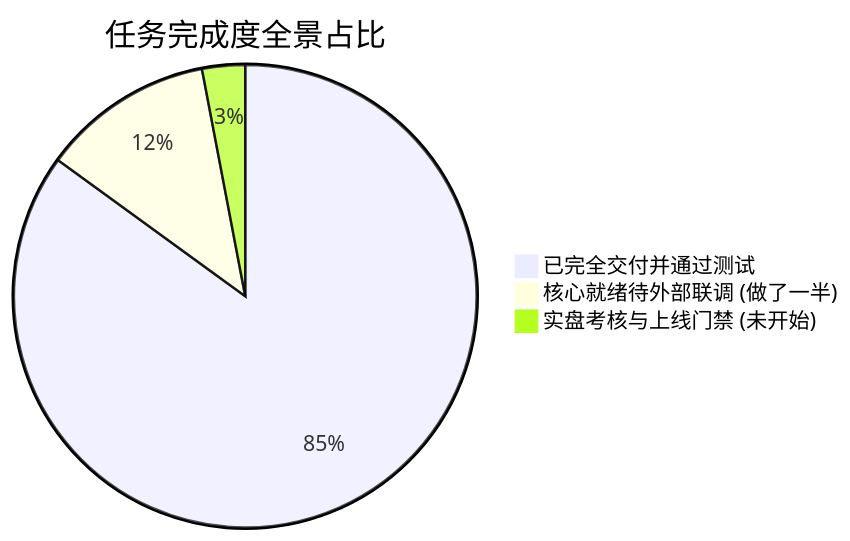
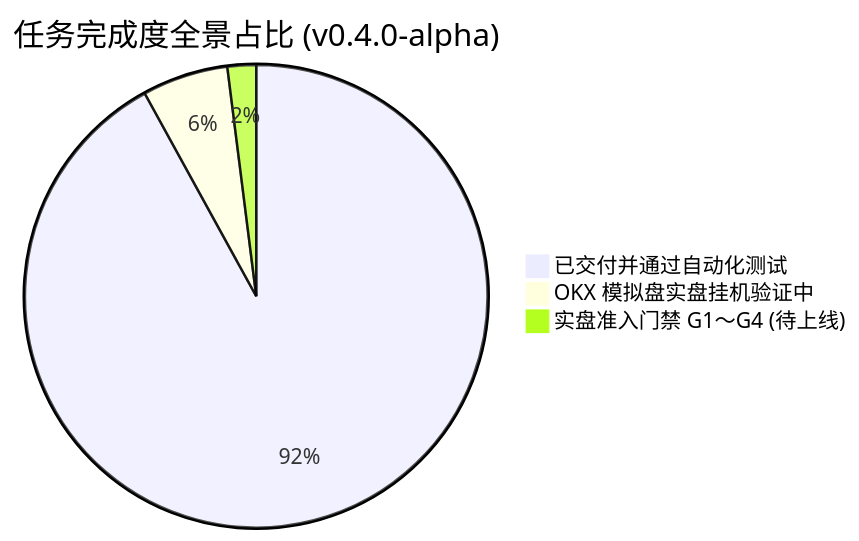
Before and after one commit to 1535273240sch-droid/divergence-quant: the diagram in 更新说明.md, drawn with Mermaid. The commit also changed other lines of this file and 2 other files, not shown here.

Commit message:
docs: 更新系统发布说明至 v0.4.0-alpha，补充资金费率、全周期回测与实盘执行指南

````diff
--- a/更新说明.md
+++ b/更新说明.md
@@ -106,6 +101,6 @@
 ```mermaid
-pie title 任务完成度全景占比
-    "已完全交付并通过测试" : 85
-    "核心就绪待外部联调 (做了一半)" : 12
-    "实盘考核与上线门禁 (未开始)" : 3
+pie title 任务完成度全景占比 (v0.4.0-alpha)
+    "已交付并通过自动化测试" : 92
+    "OKX 模拟盘实盘挂机验证中" : 6
+    "实盘准入门禁 G1～G4 (待上线)" : 2
 ```
````
